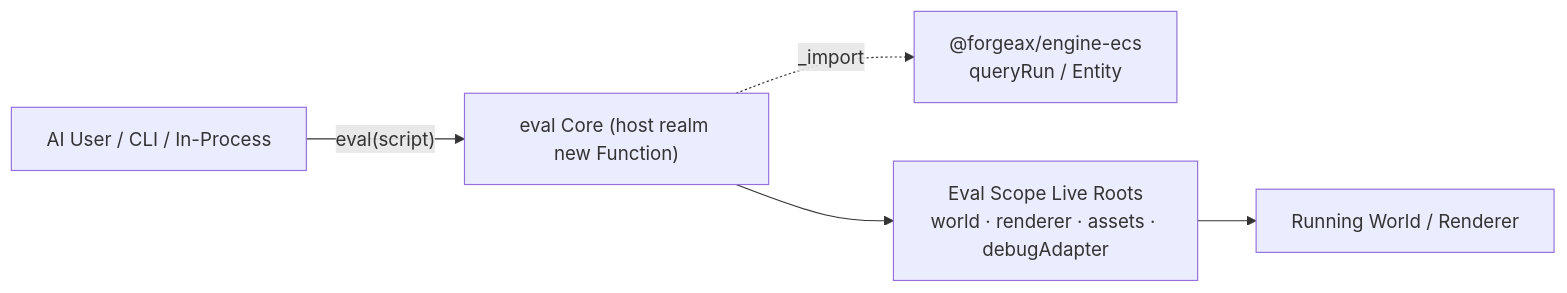
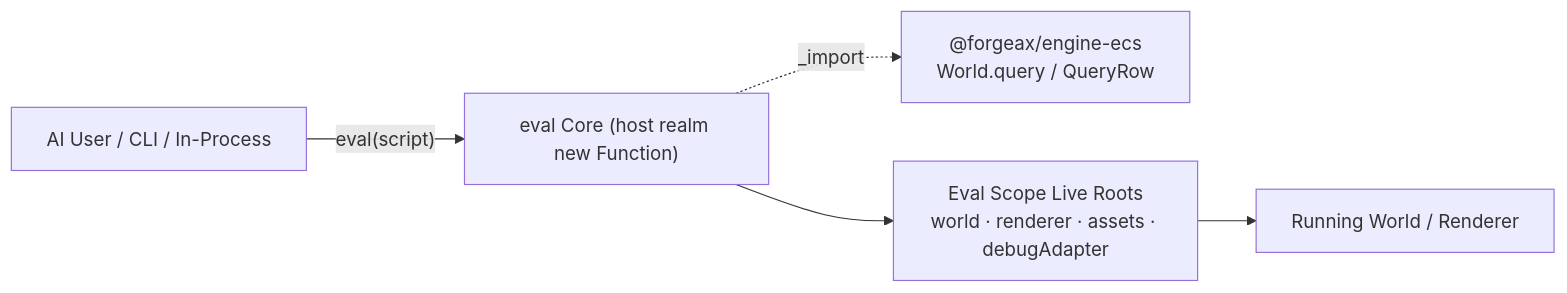
The first of 4 diagrams in packages/engine/packages/remote/README.md (ForgeaX-Games/forgeax-editor), drawn with Mermaid before and after one commit. The commit also changed other lines of this file and 1374 other files, not shown here.

````diff
--- a/packages/engine/packages/remote/README.md
+++ b/packages/engine/packages/remote/README.md
@@ -5,7 +5,7 @@
 ```mermaid
 flowchart LR
     AI["AI User / CLI / In-Process"] -->|"eval(script)"| CORE["eval Core (host realm new Function)"]
-    CORE -.->|"_import"| ECS["@forgeax/engine-ecs<br/>queryRun / Entity"]
+    CORE -.->|"_import"| ECS["@forgeax/engine-ecs<br/>World.query / QueryRow"]
     CORE --> ROOTS["Eval Scope Live Roots<br/>world · renderer · assets · debugAdapter"]
     ROOTS --> W["Running World / Renderer"]
 ```
````
